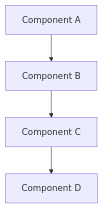
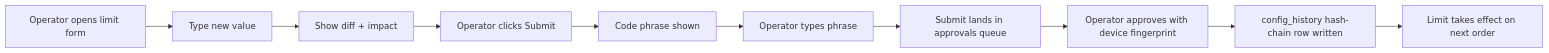
One commit to finalFlick/market-prediction changed the sixth of 10 diagrams in specs/trading-lab-platform/design.md. Above: the diagram before and after it, drawn with Mermaid. The commit also changed other lines of this file and 54 other files, not shown here.

````diff
--- a/specs/trading-lab-platform/design.md
+++ b/specs/trading-lab-platform/design.md
@@ -63,6 +2868,12 @@
 ```mermaid
-graph TB
-    A[Component A] --> B[Component B]
-    B --> C[Component C]
-    C --> D[Component D]
+flowchart LR
+    A[Operator opens limit form] --> B[Type new value]
+    B --> C[Show diff + impact]
+    C --> D[Operator clicks Submit]
+    D --> E[Code phrase shown]
+    E --> F[Operator types phrase]
+    F --> G[Submit lands in approvals queue]
+    G --> H[Operator approves with device fingerprint]
+    H --> I[config_history hash-chain row written]
+    I --> J[Limit takes effect on next order]
 ```
````
